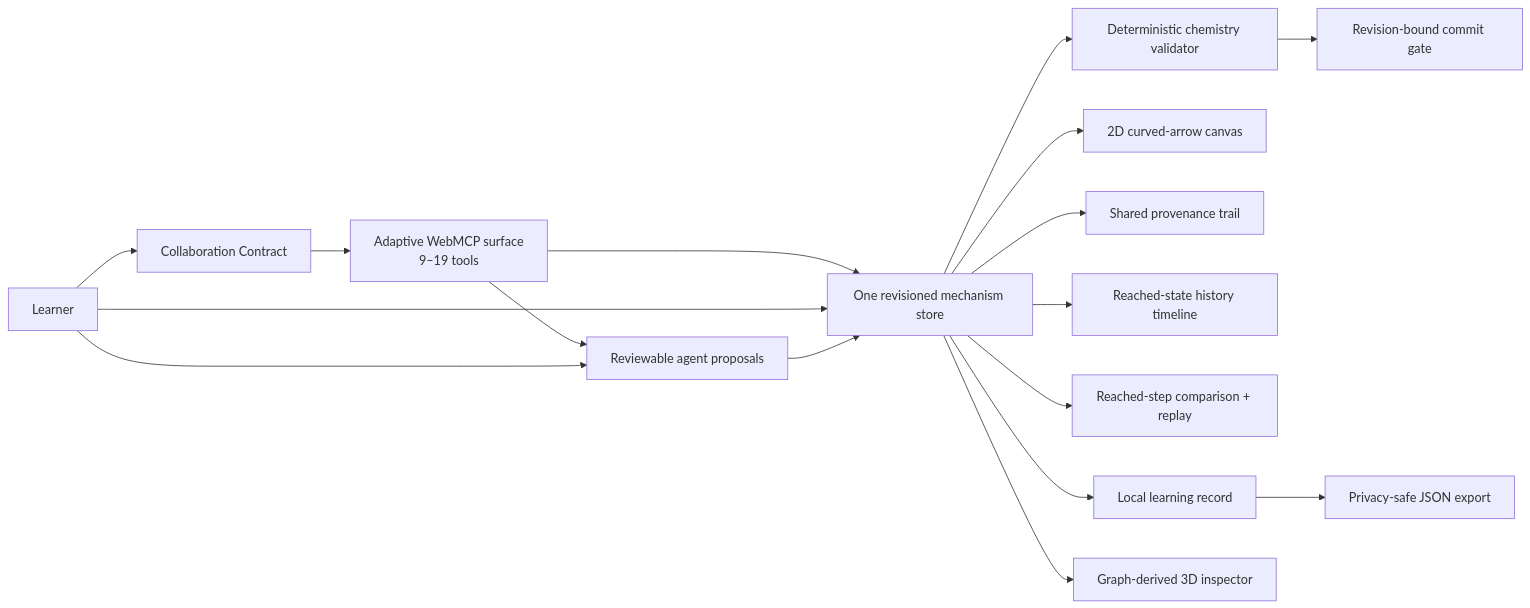
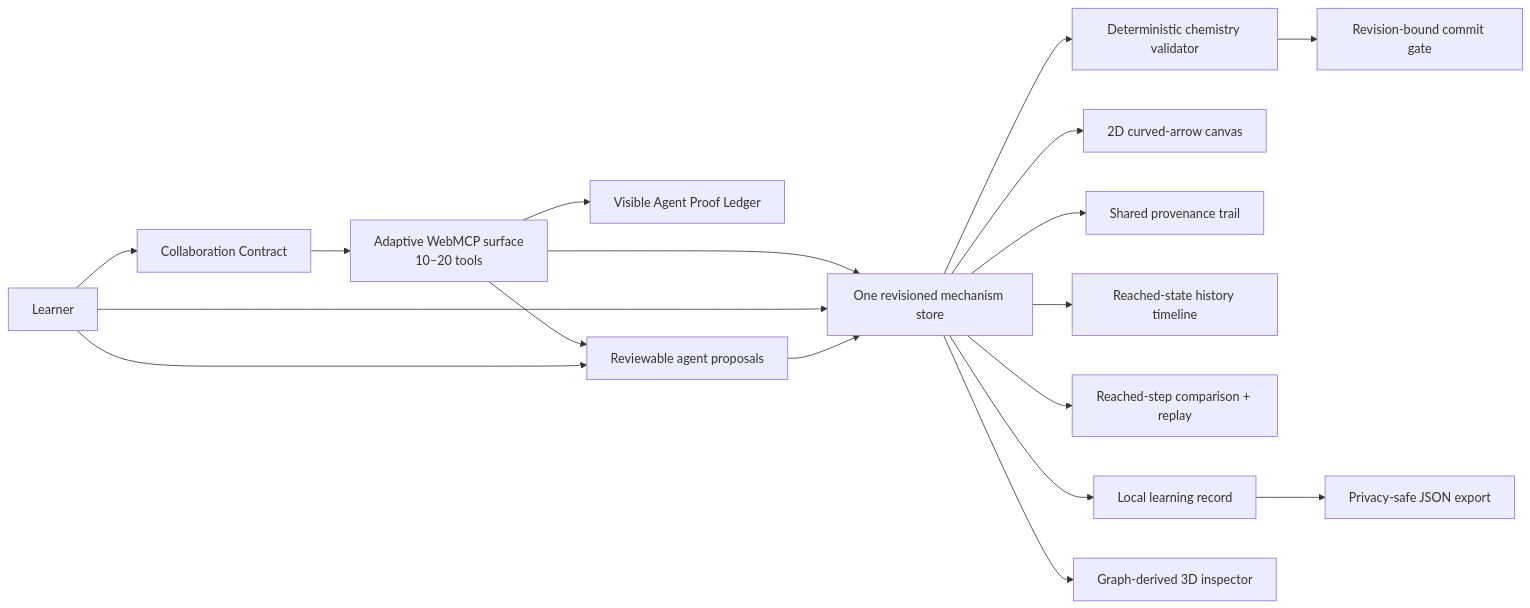
One commit to mihirduvedi/mechanism-canvas changed the diagram in README.md. Above: the diagram before and after it, drawn with Mermaid. The commit also changed other lines of this file and 18 other files, not shown here.

Commit message:
feat: add verifiable WebMCP proof ledger

````diff
--- a/README.md
+++ b/README.md
@@ -35,19 +37,20 @@
 ```mermaid
 flowchart LR
   H["Learner"] --> C["Collaboration Contract"]
-  C --> A["Adaptive WebMCP surface<br/>9–19 tools"]
+  C --> A["Adaptive WebMCP surface<br/>10–20 tools"]
   A --> S["One revisioned mechanism store"]
+  A --> Q["Visible Agent Proof Ledger"]
   H --> S
   A --> P["Reviewable agent proposals"]
   H --> P
   P --> S
   S --> V["Deterministic chemistry validator"]
   S --> MC["2D curved-arrow canvas"]
   S --> T["Shared provenance trail"]
   S --> R["Reached-state history timeline"]
   S --> D["Reached-step comparison + replay"]
   S --> L["Local learning record"]
   L --> E["Privacy-safe JSON export"]
   S --> M["Graph-derived 3D inspector"]
   V --> G["Revision-bound commit gate"]
 ```
````
